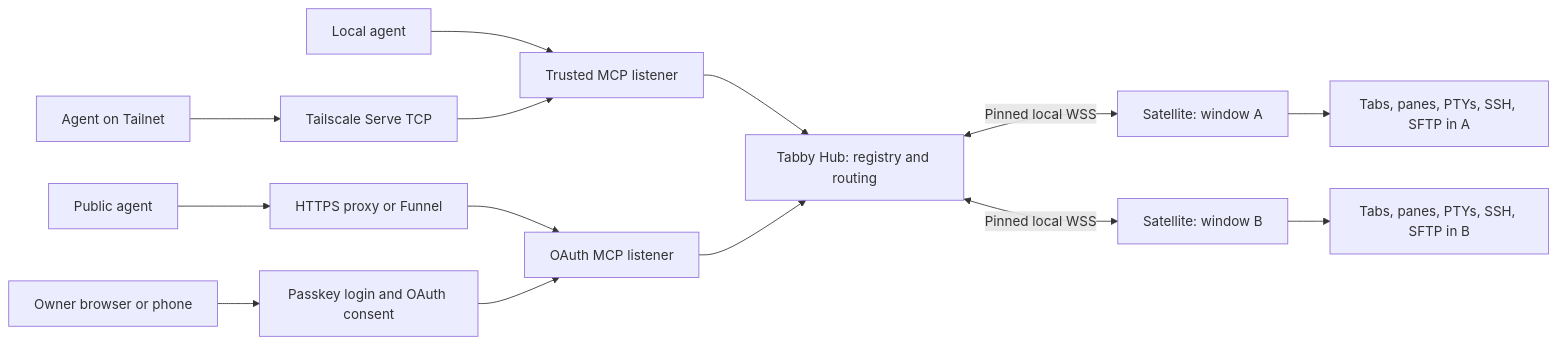
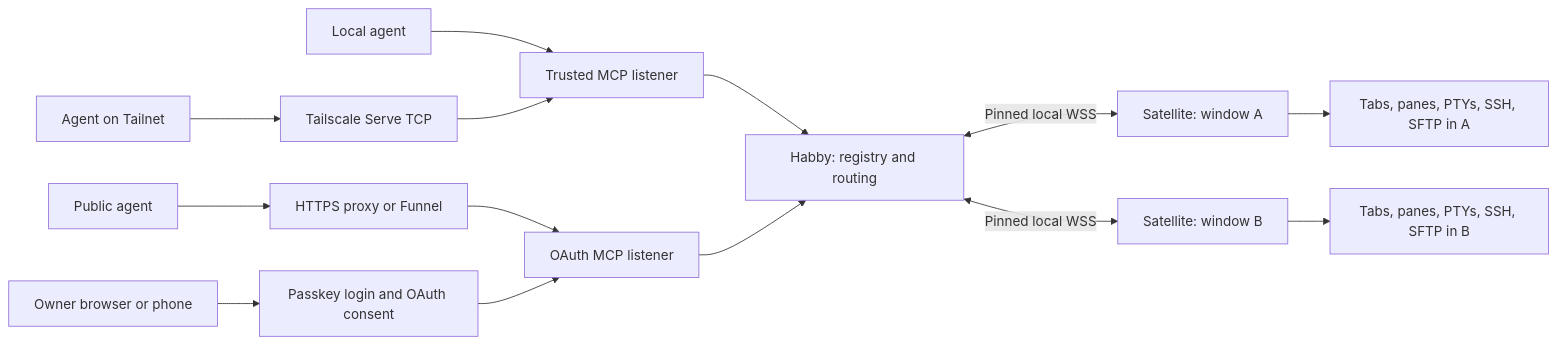
One commit to opennoor/habby changed the diagram in docs/architecture.md. Above: the diagram before and after it, drawn with Mermaid. The commit also changed other lines of this file and 31 other files, not shown here.

Commit message:
Rename Tabby Hub to Habby and release v1.1.0

````diff
--- a/docs/architecture.md
+++ b/docs/architecture.md
@@ -26,16 +26,16 @@
 ```mermaid
 flowchart LR
     Local[Local agent] --> Trusted[Trusted MCP listener]
     Tail[Agent on Tailnet] --> Serve[Tailscale Serve TCP]
     Serve --> Trusted
     Remote[Public agent] --> TLS[HTTPS proxy or Funnel]
     TLS --> Public[OAuth MCP listener]
-    Trusted --> Hub[Tabby Hub: registry and routing]
+    Trusted --> Hub[Habby: registry and routing]
     Public --> Hub
     Owner[Owner browser or phone] --> Auth[Passkey login and OAuth consent]
     Auth --> Public
     Hub <-->|Pinned local WSS| A[Satellite: window A]
     Hub <-->|Pinned local WSS| B[Satellite: window B]
     A --> AT[Tabs, panes, PTYs, SSH, SFTP in A]
     B --> BT[Tabs, panes, PTYs, SSH, SFTP in B]
 ```
````
